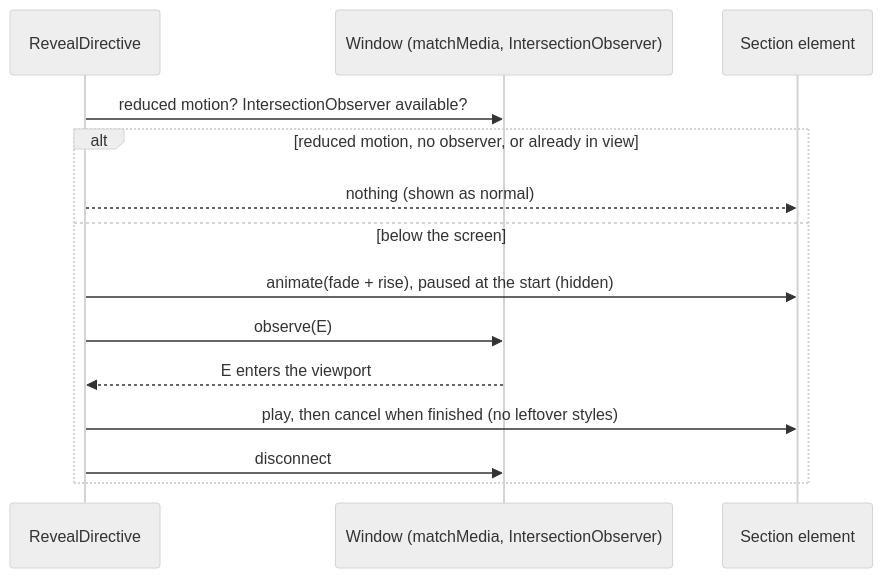
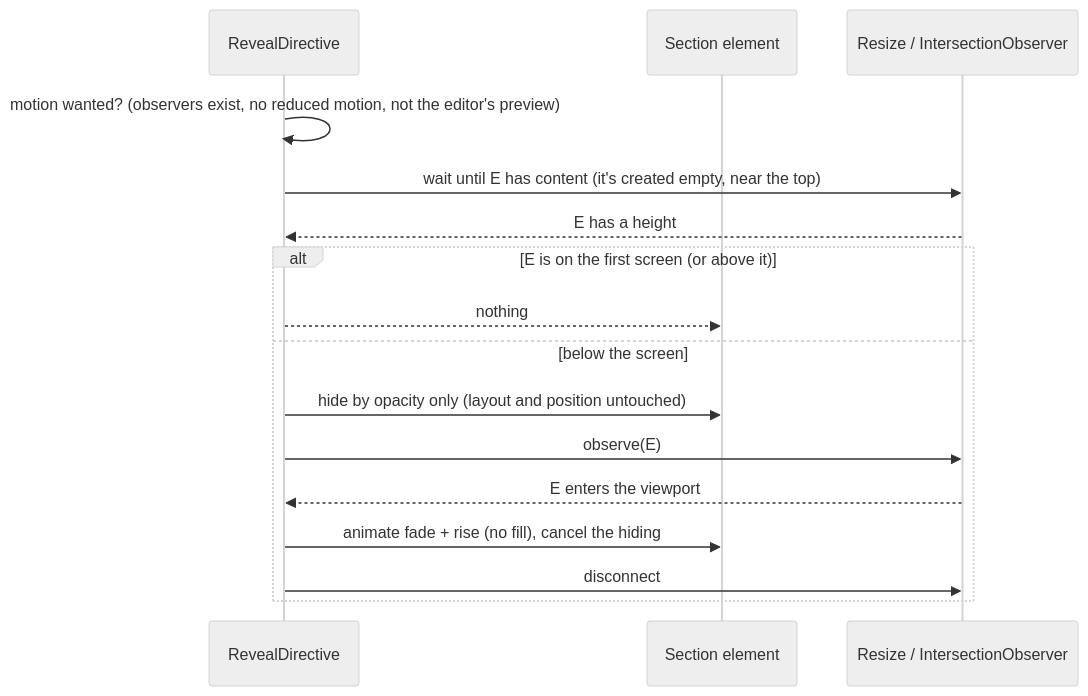
One commit to RaviAkhouri30/taalyatra changed the diagram in docs/aidlc/0013-drum-circle-and-reveal/02-design.md. Above: the diagram before and after it, drawn with Mermaid (neutral theme). The commit also changed other lines of this file and 29 other files, not shown here.

````diff
--- a/docs/aidlc/0013-drum-circle-and-reveal/02-design.md
+++ b/docs/aidlc/0013-drum-circle-and-reveal/02-design.md
@@ -65,16 +64,18 @@
 ```mermaid
 sequenceDiagram
   participant D as RevealDirective
-  participant W as Window (matchMedia, IntersectionObserver)
   participant E as Section element
-  D->>W: reduced motion? IntersectionObserver available?
-  alt reduced motion, no observer, or already in view
-    D-->>E: nothing (shown as normal)
+  participant O as Resize / IntersectionObserver
+  D->>D: motion wanted? (observers exist, no reduced motion, not the editor's preview)
+  D->>O: wait until E has content (it's created empty, near the top)
+  O-->>D: E has a height
+  alt E is on the first screen (or above it)
+    D-->>E: nothing
   else below the screen
-    D->>E: animate(fade + rise), paused at the start (hidden)
-    D->>W: observe(E)
-    W-->>D: E enters the viewport
-    D->>E: play, then cancel when finished (no leftover styles)
-    D->>W: disconnect
+    D->>E: hide by opacity only (layout and position untouched)
+    D->>O: observe(E)
+    O-->>D: E enters the viewport
+    D->>E: animate fade + rise (no fill), cancel the hiding
+    D->>O: disconnect
   end
 ```
````
